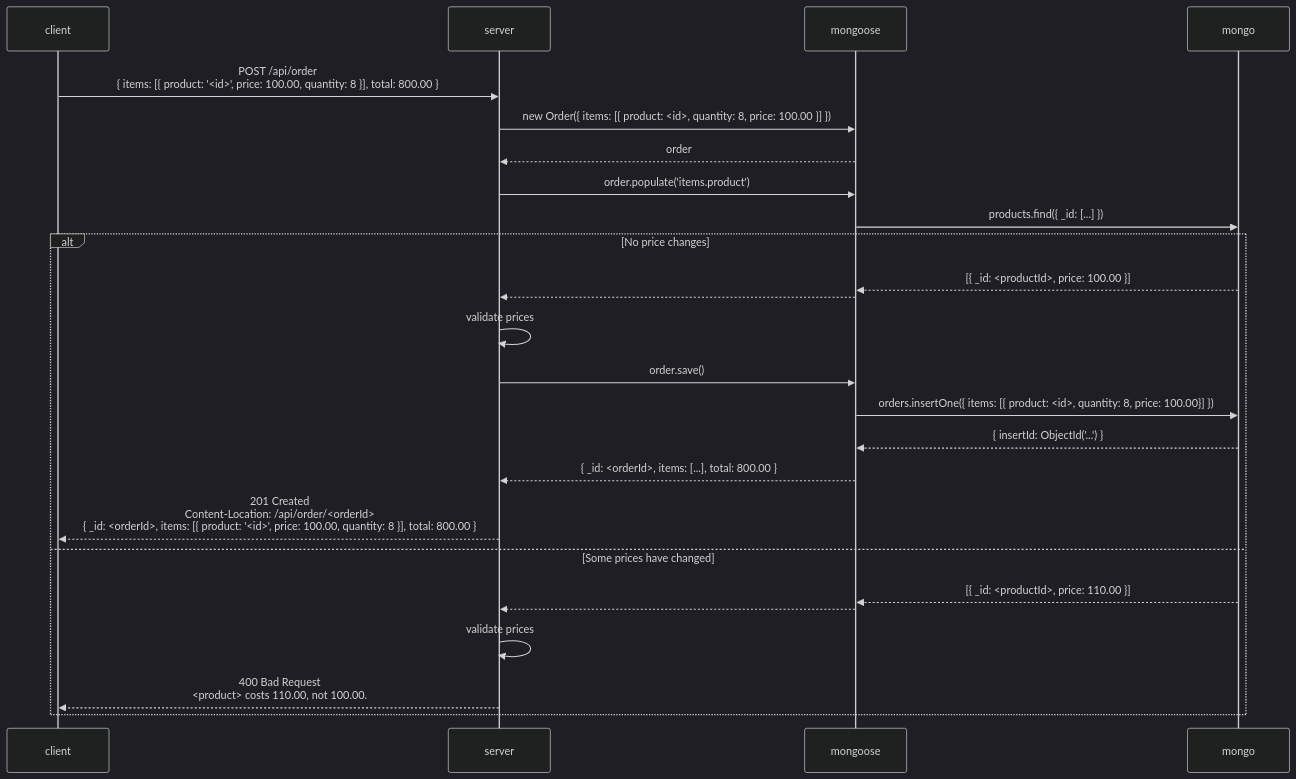
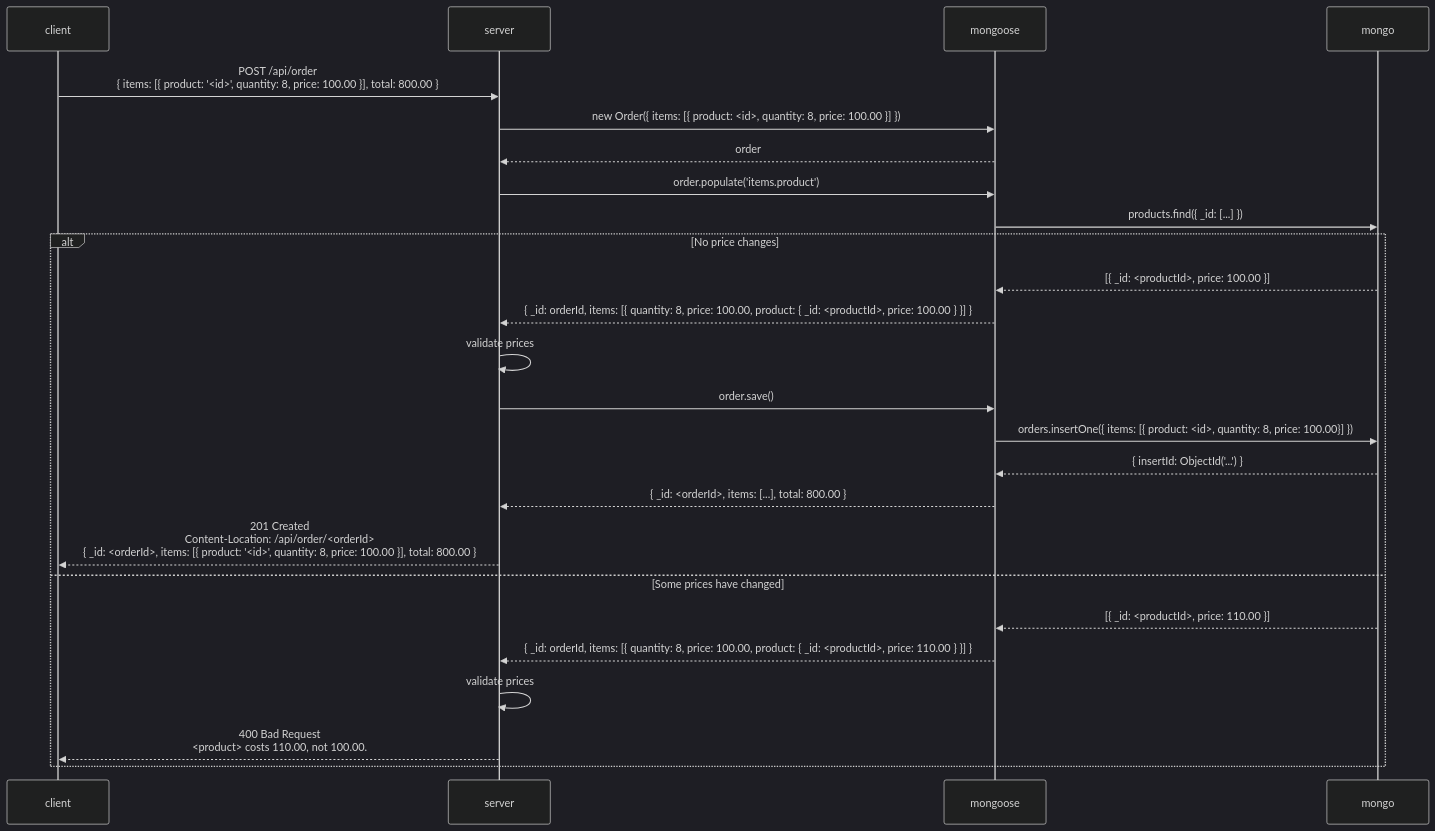
One commit to roninbar/kwik-e-mart changed the diagram in README.md. Above: the diagram before and after it, drawn with Mermaid (dark theme).

Commit message:
Fix the sequence diagram.

````diff
--- a/README.md
+++ b/README.md
@@ -21,23 +21,23 @@
 ```mermaid
 sequenceDiagram
-client->>server: POST /api/order <br/> { items: [{ product: '<id>', price: 100.00, quantity: 8 }], total: 800.00 }
+client->>server: POST /api/order <br/> { items: [{ product: '<id>', quantity: 8, price: 100.00 }], total: 800.00 }
 server->>mongoose: new Order({ items: [{ product: <id>, quantity: 8, price: 100.00 }] })
 mongoose-->>server: order
 server->>mongoose: order.populate('items.product')
 mongoose->>mongo: products.find({ _id: [...] })
 alt No price changes
 mongo-->>mongoose: [{ _id: <productId>, price: 100.00 }]
-mongoose-->>server:
+mongoose-->>server: { _id: orderId, items: [{ quantity: 8, price: 100.00, product: { _id: <productId>, price: 100.00 } }] }
 server->>server: validate prices
 server->>mongoose: order.save()
 mongoose->>mongo: orders.insertOne({ items: [{ product: <id>, quantity: 8, price: 100.00}] })
 mongo-->>mongoose: { insertId: ObjectId('...') }
 mongoose-->>server: { _id: <orderId>, items: [...], total: 800.00 }
-server-->>client: 201 Created <br/> Content-Location: /api/order/<orderId> <br/> { _id: <orderId>, items: [{ product: '<id>', price: 100.00, quantity: 8 }], total: 800.00 }
+server-->>client: 201 Created <br/> Content-Location: /api/order/<orderId> <br/> { _id: <orderId>, items: [{ product: '<id>', quantity: 8, price: 100.00 }], total: 800.00 }
 else Some prices have changed
 mongo-->>mongoose: [{ _id: <productId>, price: 110.00 }]
-mongoose-->>server:
+mongoose-->>server: { _id: orderId, items: [{ quantity: 8, price: 100.00, product: { _id: <productId>, price: 110.00 } }] }
 server->>server: validate prices
 server-->>client: 400 Bad Request <br/> <product> costs 110.00, not 100.00.
 end
 ```
````
